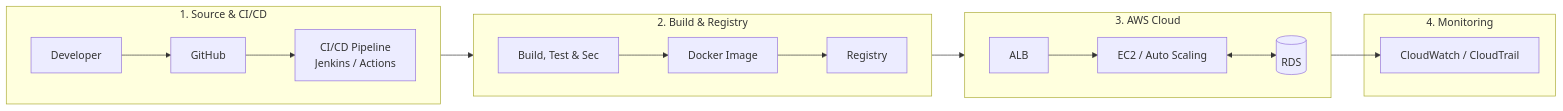
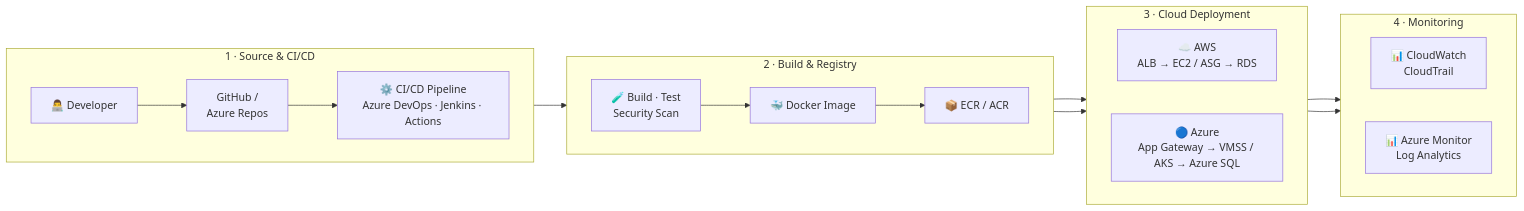
Before and after one commit to engrmalakkashif/engrmalakkashif: the first of 3 diagrams in README.md, drawn with Mermaid. The commit also changed other lines of this file, not shown here.

````diff
--- a/README.md
+++ b/README.md
@@ -69,24 +212,30 @@
 ```mermaid
 flowchart LR
-    subgraph S1["1. Source & CI/CD"]
+    subgraph S1["1 · Source & CI/CD"]
         direction LR
-        A[Developer] --> B[GitHub] --> C[CI/CD Pipeline<br/>Jenkins / Actions]
+        A["👨‍💻 Developer"] --> B["GitHub /<br/>Azure Repos"] --> C["⚙️ CI/CD Pipeline<br/>Azure DevOps · Jenkins · Actions"]
     end
 
-    subgraph S2["2. Build & Registry"]
+    subgraph S2["2 · Build & Registry"]
         direction LR
-        C --> D[Build, Test & Sec] --> E[Docker Image] --> F[Registry]
+        D["🧪 Build · Test<br/>Security Scan"] --> E["🐳 Docker Image"] --> F["📦 ECR / ACR"]
     end
 
-    subgraph S3["3. AWS Cloud"]
+    subgraph S3["3 · Cloud Deployment"]
         direction LR
-        F --> G[ALB] --> H[EC2 / Auto Scaling]
-        H <--> I[(RDS)]
+        G["☁️ AWS<br/>ALB → EC2 / ASG → RDS"]
+        H["🔵 Azure<br/>App Gateway → VMSS / AKS → Azure SQL"]
     end
 
-    subgraph S4["4. Monitoring"]
-        J[CloudWatch / CloudTrail]
+    subgraph S4["4 · Monitoring"]
+        direction LR
+        I["📊 CloudWatch<br/>CloudTrail"]
+        J["📊 Azure Monitor<br/>Log Analytics"]
     end
 
-    S3 --> J
+    C --> D
+    F --> G
+    F --> H
+    G --> I
+    H --> J
 ```
````
